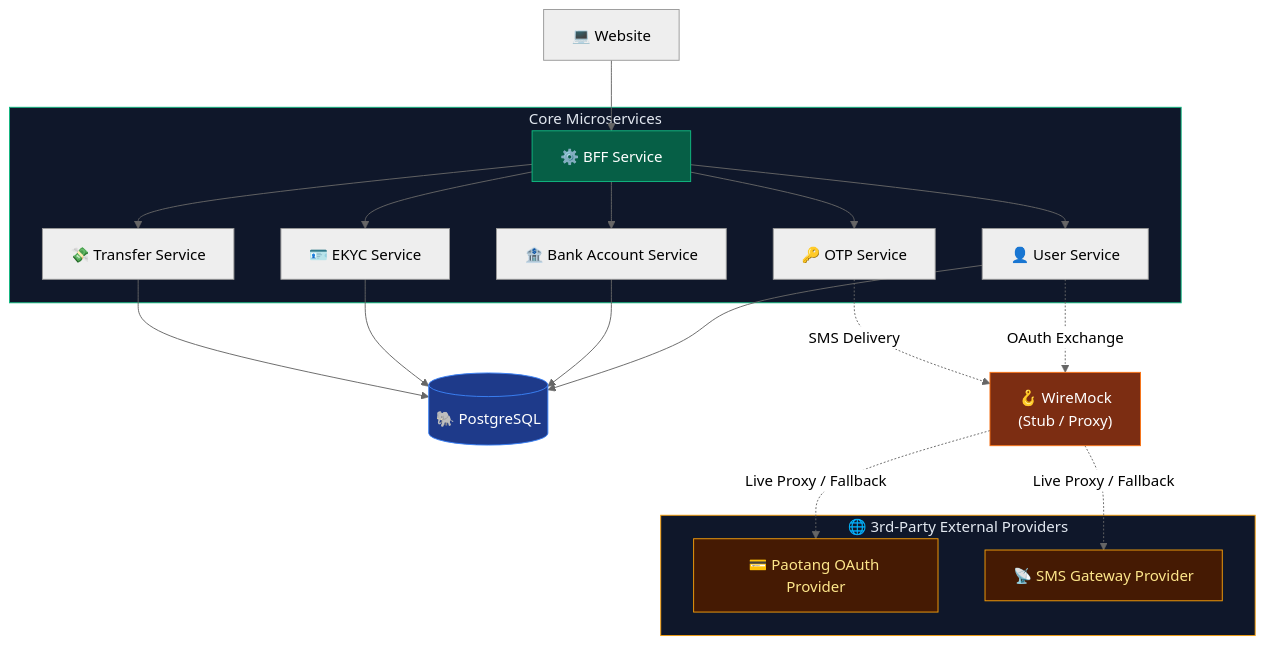
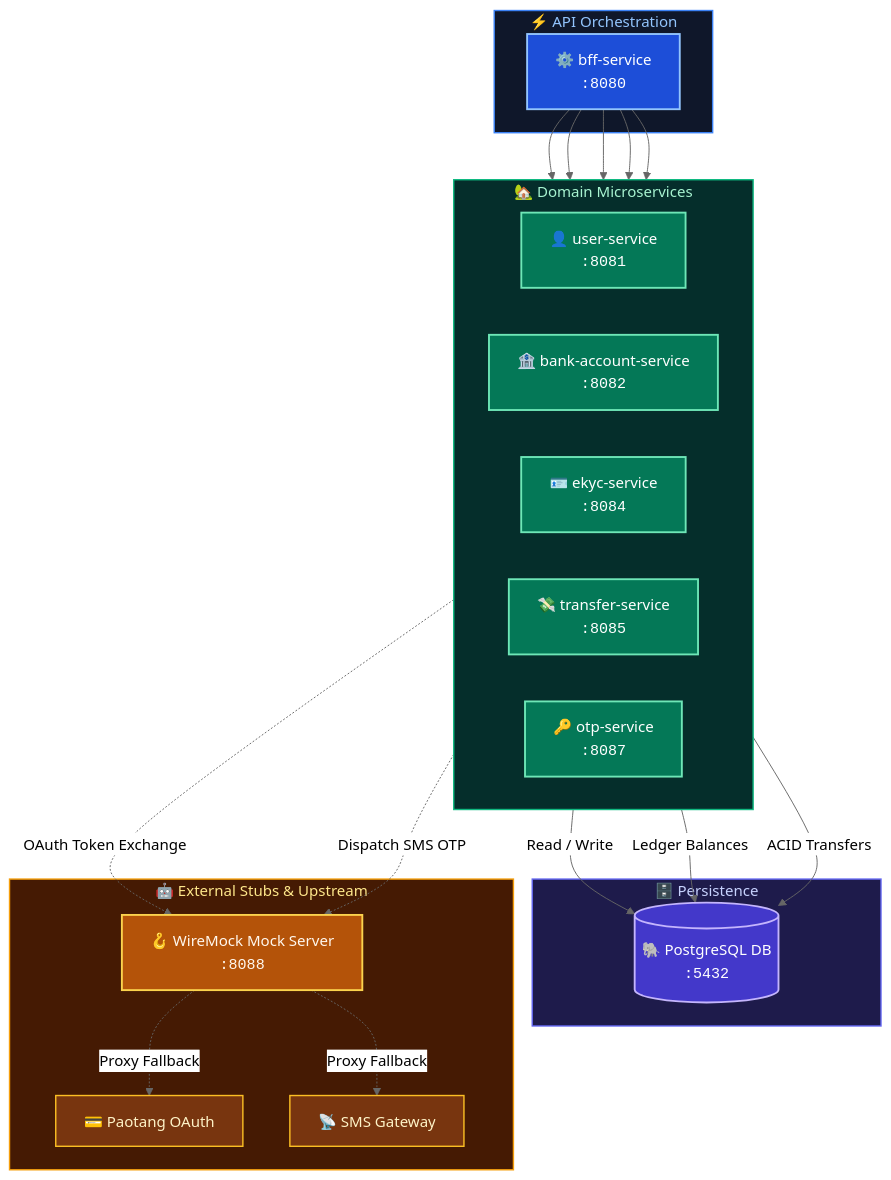
The second of 3 diagrams in slides/slides.md (SiwakornSitti/ultra-smoooooth-testing), drawn with Mermaid (neutral theme) before and after one commit. The commit also changed other lines of this file and 1 other file, not shown here.

````diff
--- a/slides/slides.md
+++ b/slides/slides.md
@@ -317,34 +364,58 @@
-```mermaid
+```mermaid {scale: 0.72}
 flowchart TB
-    Website["💻 Website"] --> BFF["⚙️ BFF Service"]
-    subgraph CORE["Core Microservices"]
-        BFF --> User["👤 User Service"]
-        BFF --> Bank["🏦 Bank Account Service"]
-        BFF --> EKYC["🪪 EKYC Service"]
-        BFF --> Transfer["💸 Transfer Service"]
-        BFF --> OTP["🔑 OTP Service"]
-    end
-    User --> PG[("🐘 PostgreSQL")]
-    Bank --> PG
-    EKYC --> PG
-    Transfer --> PG
-
-    subgraph EXTERNAL["🌐 3rd-Party External Providers"]
-        Paotang["💳 Paotang OAuth Provider"]
-        SMSGateway["📡 SMS Gateway Provider"]
+    subgraph GATEWAY["⚡ API Orchestration"]
+        BFF["⚙️ bff-service<br/><code>:8080</code>"]
     end
 
-    User -.->|OAuth Exchange| WM["🪝 WireMock<br/>(Stub / Proxy)"]
-    OTP -.->|SMS Delivery| WM
+    subgraph SERVICES["🏡 Domain Microservices"]
+        direction LR
+        UserService["👤 user-service<br/><code>:8081</code>"]
+        BankService["🏦 bank-account-service<br/><code>:8082</code>"]
+        EKYCService["🪪 ekyc-service<br/><code>:8084</code>"]
+        TransferService["💸 transfer-service<br/><code>:8085</code>"]
+        OTPService["🔑 otp-service<br/><code>:8087</code>"]
+    end
 
-    WM -.->|Live Proxy / Fallback| Paotang
-    WM -.->|Live Proxy / Fallback| SMSGateway
+    subgraph DATA["🗄️ Persistence"]
+        DB[("🐘 PostgreSQL DB<br/><code>:5432</code>")]
+    end
 
-    style CORE fill:#0f172a,stroke:#10b981,color:#e2e8f0
-    style EXTERNAL fill:#0f172a,stroke:#f59e0b,color:#e2e8f0
-    style BFF fill:#065f46,stroke:#10b981,color:#fff
-    style PG fill:#1e3a8a,stroke:#3b82f6,color:#fff
-    style WM fill:#7c2d12,stroke:#f97316,color:#fff
-    style Paotang fill:#451a03,stroke:#f59e0b,color:#fde68a
-    style SMSGateway fill:#451a03,stroke:#f59e0b,color:#fde68a
+    subgraph MOCKS["🤖 External Stubs & Upstream"]
+        WireMock["🪝 WireMock Mock Server<br/><code>:8088</code>"]
+        Paotang["💳 Paotang OAuth"]
+        SMS["📡 SMS Gateway"]
+    end
+
+    BFF --> UserService
+    BFF --> BankService
+    BFF --> EKYCService
+    BFF --> TransferService
+    BFF --> OTPService
+
+    UserService -->|Read / Write| DB
+    BankService -->|Ledger Balances| DB
+    TransferService -->|ACID Transfers| DB
+
+    UserService -.->|OAuth Token Exchange| WireMock
+    OTPService -.->|Dispatch SMS OTP| WireMock
+
+    WireMock -.->|Proxy Fallback| Paotang
+    WireMock -.->|Proxy Fallback| SMS
+
+    classDef gateway fill:#1d4ed8,stroke:#93c5fd,color:#ffffff,stroke-width:2px
+    classDef service fill:#047857,stroke:#6ee7b7,color:#ffffff,stroke-width:2px
+    classDef db fill:#4338ca,stroke:#c4b5fd,color:#ffffff,stroke-width:2px
+    classDef mock fill:#b45309,stroke:#fcd34d,color:#fff7ed,stroke-width:2px
+    classDef ext fill:#78350f,stroke:#fbbf24,color:#fef3c7,stroke-width:1.5px
+
+    class BFF gateway
+    class UserService,BankService,EKYCService,TransferService,OTPService service
+    class DB db
+    class WireMock mock
+    class Paotang,SMS ext
+
+    style GATEWAY fill:#0f172a,stroke:#3b82f6,stroke-width:1.5px,color:#93c5fd
+    style SERVICES fill:#052e2b,stroke:#10b981,stroke-width:1.5px,color:#a7f3d0
+    style DATA fill:#1e1b4b,stroke:#6366f1,stroke-width:1.5px,color:#c7d2fe
+    style MOCKS fill:#451a03,stroke:#f59e0b,stroke-width:1.5px,color:#fde68a
 ```
````
